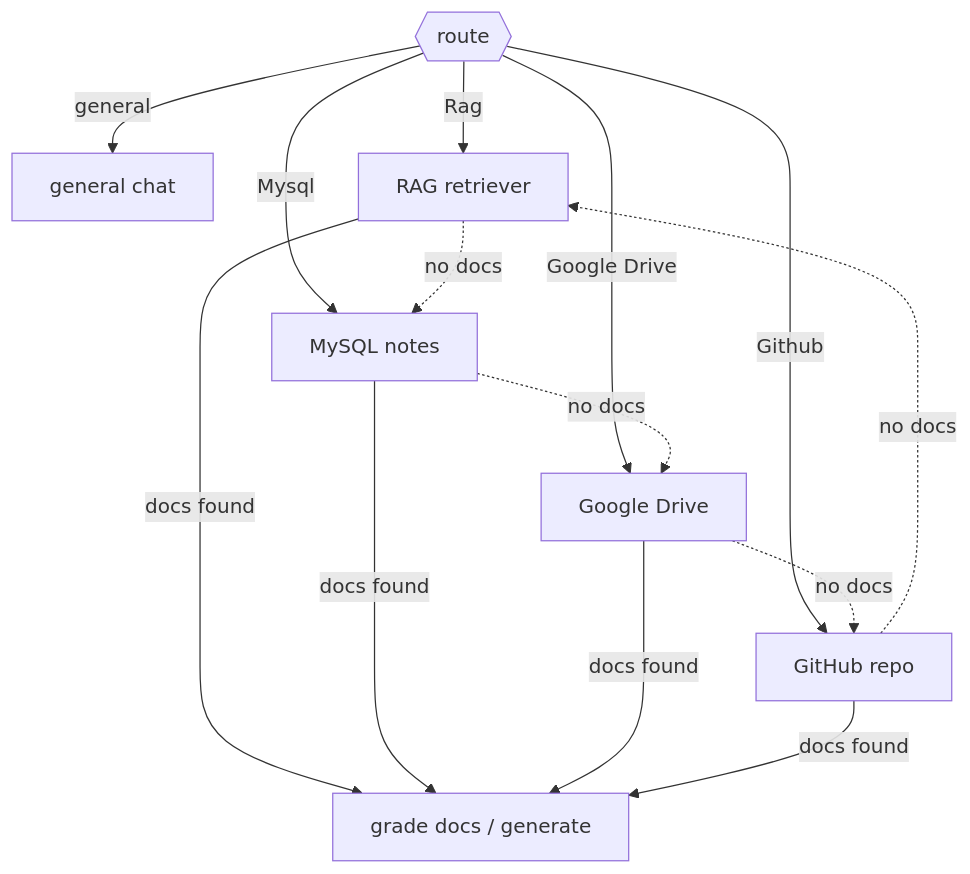
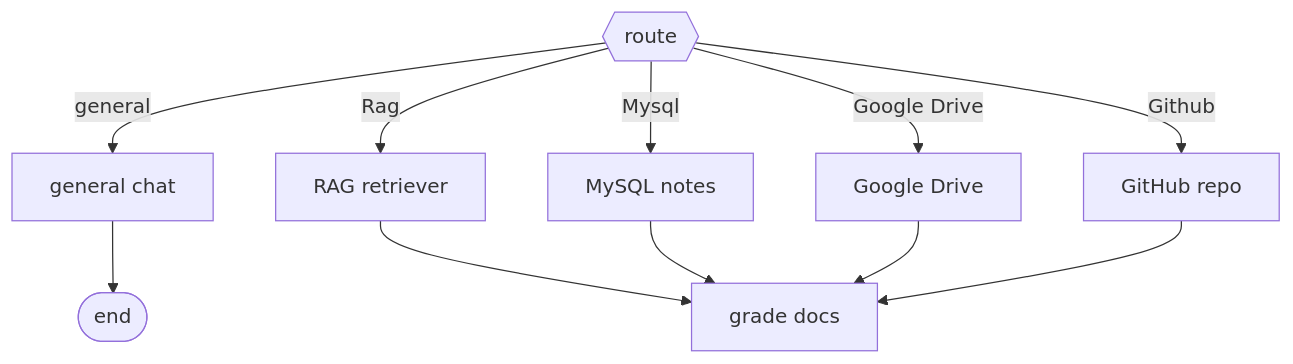
Before and after one commit to SalahJamal1/Agentic-RAG-Nexus: the second of 2 diagrams in README.md, drawn with Mermaid. The commit also changed other lines of this file and 16 other files, not shown here.

````diff
--- a/README.md
+++ b/README.md
@@ -50,18 +56,13 @@
 ```mermaid
 flowchart TD
-    route{{route}} -- general --> chat[general chat]
-    route -- Rag --> rag[RAG retriever]
-    route -- Mysql --> mysql[MySQL notes]
+    route{{route}} -- general --> chat[general chat] --> end_([end])
+    route -- "Rag" --> rag[RAG retriever]
+    route -- "Mysql" --> mysql[MySQL notes]
     route -- "Google Drive" --> drive[Google Drive]
-    route -- Github --> github[GitHub repo]
+    route -- "Github" --> github[GitHub repo]
 
-    mysql -. no docs .-> drive
-    drive -. no docs .-> github
-    github -. no docs .-> rag
-    rag -. no docs .-> mysql
-
-    rag -- docs found --> next[grade docs / generate]
-    mysql -- docs found --> next
-    drive -- docs found --> next
-    github -- docs found --> next
+    rag --> next[grade docs]
+    mysql --> next
+    drive --> next
+    github --> next
 ```
````
